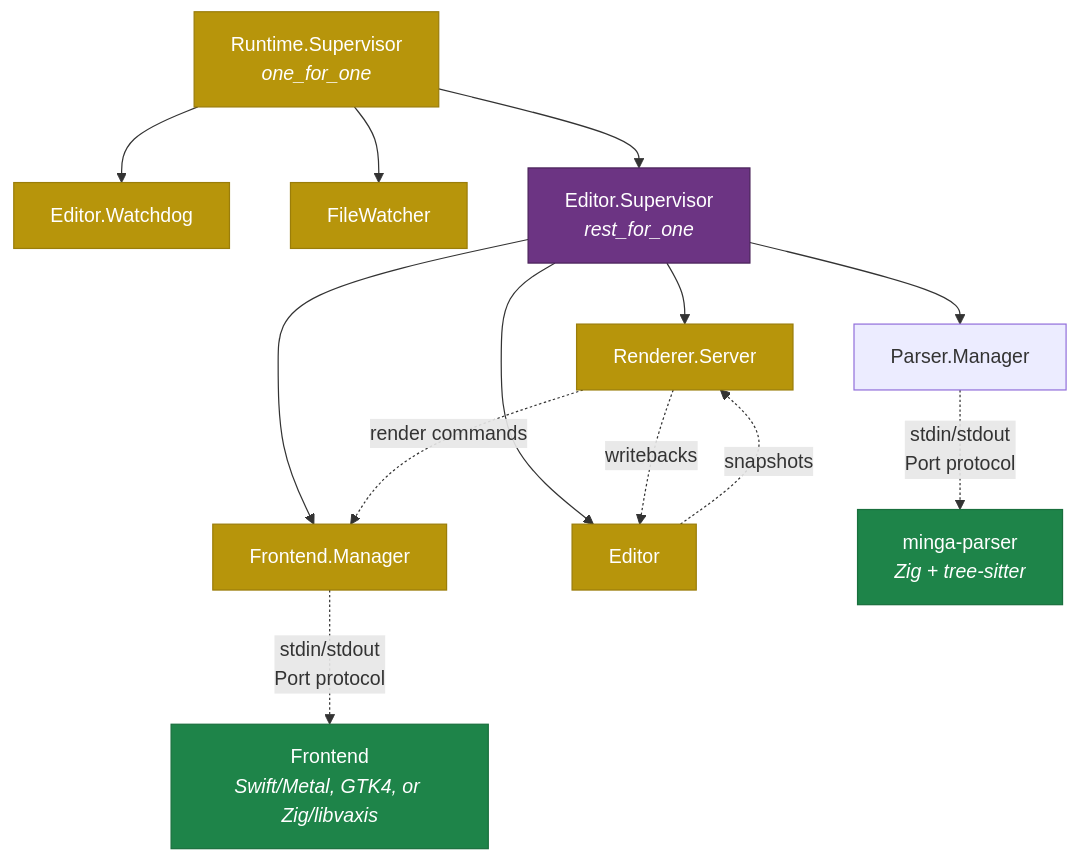
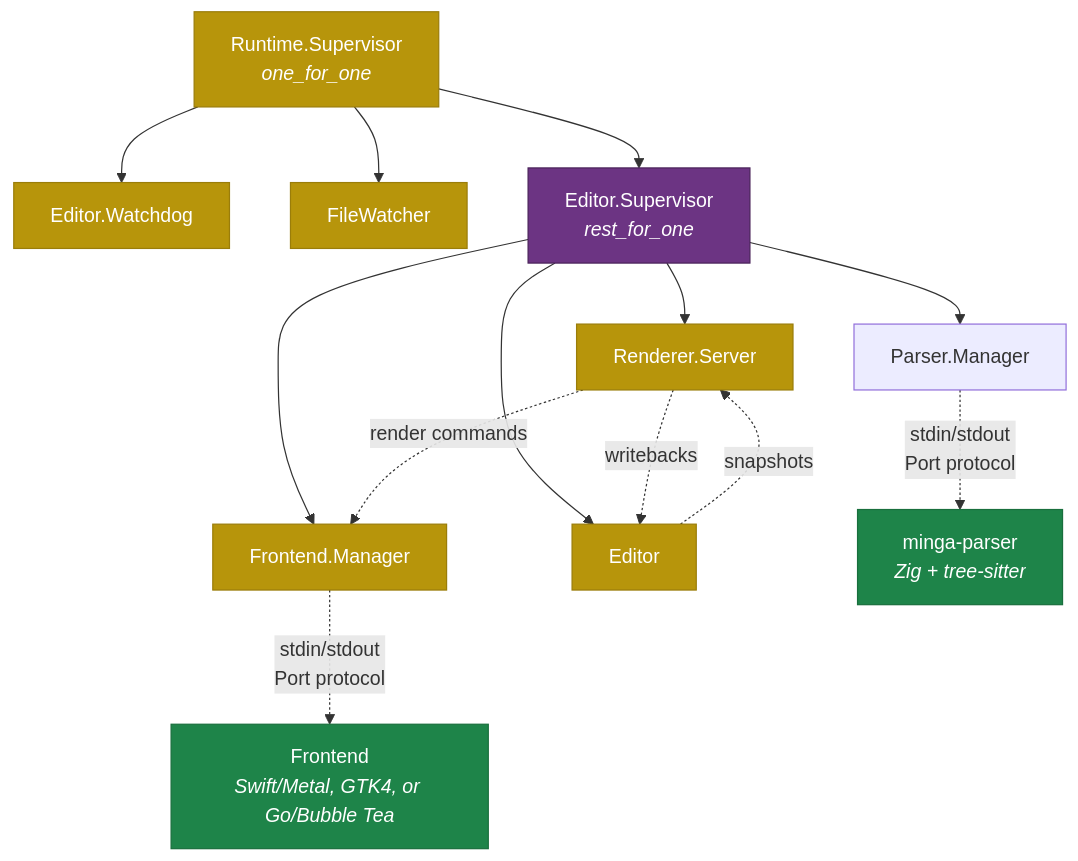
One commit to jsmestad/minga changed the sixth of 10 diagrams in docs/ARCHITECTURE.md. Above: the diagram before and after it, drawn with Mermaid. The commit also changed other lines of this file and 40 other files, not shown here.

````diff
--- a/docs/ARCHITECTURE.md
+++ b/docs/ARCHITECTURE.md
@@ -246,27 +246,27 @@
 ```mermaid
 graph TD
     RT["Runtime.Supervisor<br/><i>one_for_one</i>"]
     RT --> WD["Editor.Watchdog"]
     RT --> FW["FileWatcher"]
     RT --> EDSUP["Editor.Supervisor<br/><i>rest_for_one</i>"]
     EDSUP --> PARSER["Parser.Manager"]
     EDSUP --> PM["Frontend.Manager"]
     EDSUP --> RENDER["Renderer.Server"]
     EDSUP --> ED["Editor"]
 
     ED -. "snapshots" .-> RENDER
     RENDER -. "writebacks" .-> ED
     RENDER -. "render commands" .-> PM
-    PM -. "stdin/stdout<br/>Port protocol" .-> FE["Frontend<br/><i>Swift/Metal, GTK4, or Zig/libvaxis</i>"]
+    PM -. "stdin/stdout<br/>Port protocol" .-> FE["Frontend<br/><i>Swift/Metal, GTK4, or Go/Bubble Tea</i>"]
     PARSER -. "stdin/stdout<br/>Port protocol" .-> ZIG_P["minga-parser<br/><i>Zig + tree-sitter</i>"]
 
     style RT fill:#b7950b,stroke:#9a7d0a,color:#fff
     style EDSUP fill:#6c3483,stroke:#4a235a,color:#fff
     style PM fill:#b7950b,stroke:#9a7d0a,color:#fff
     style RENDER fill:#b7950b,stroke:#9a7d0a,color:#fff
     style ED fill:#b7950b,stroke:#9a7d0a,color:#fff
     style WD fill:#b7950b,stroke:#9a7d0a,color:#fff
     style FW fill:#b7950b,stroke:#9a7d0a,color:#fff
     style FE fill:#1e8449,stroke:#196f3d,color:#fff
     style ZIG_P fill:#1e8449,stroke:#196f3d,color:#fff
 ```
````
